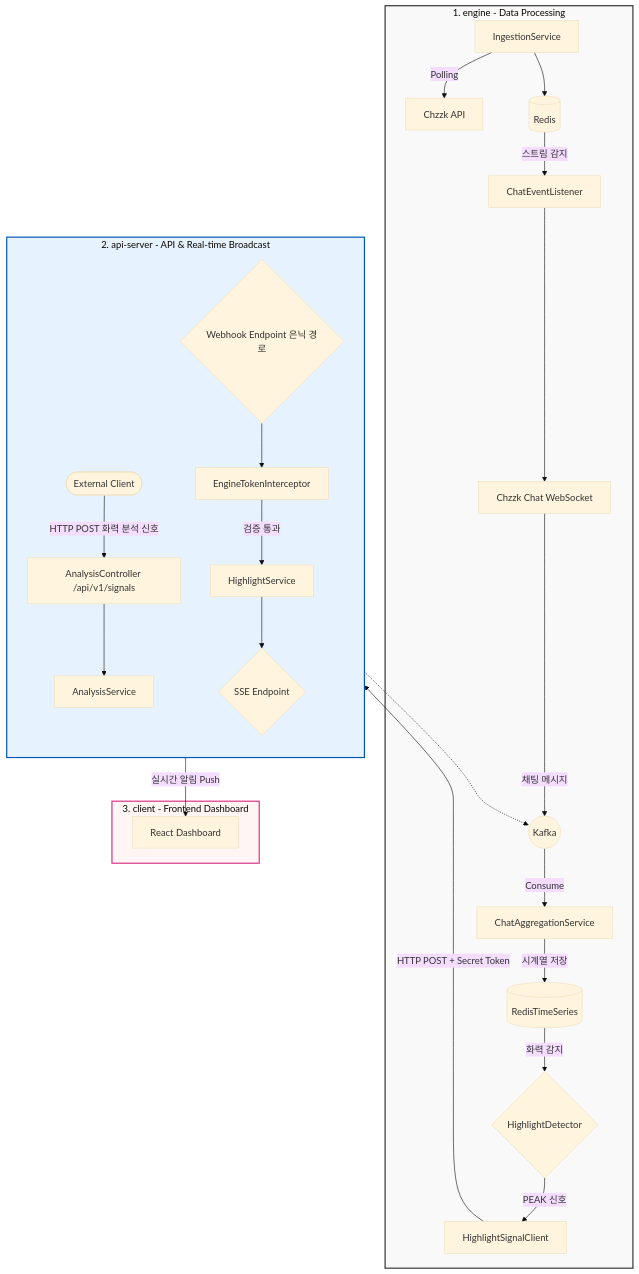
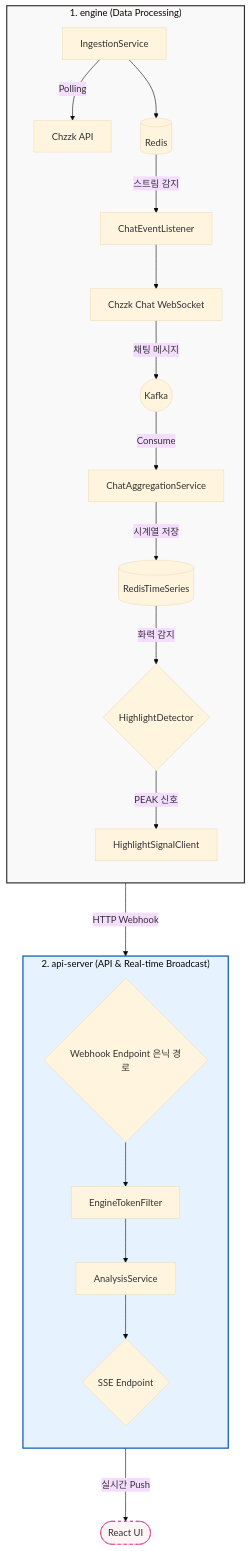
The diagram in README.md (Firedrago95/stream-engine), drawn with Mermaid (base theme) before and after one commit.

Commit message:
docs: mermaid 수정

````diff
--- a/README.md
+++ b/README.md
@@ -42,54 +42,41 @@
 ```mermaid
 graph TD
-    %% Subgraph: Engine Module
-    subgraph Engine_Scope [1. engine - Data Processing]
+    %% Subgraph: Engine Module (핵심 로직)
+    subgraph Engine_Scope ["1. engine (Data Processing)"]
+        direction TB
         Ingestion[IngestionService] -->|Polling| ChzzkAPI[Chzzk API]
         Ingestion --> Redis_DB[(Redis)]
         Redis_DB -- "스트림 감지" --> ChatListener[ChatEventListener]
         
         ChatListener --> WebSocket[Chzzk Chat WebSocket]
         WebSocket -- "채팅 메시지" --> Kafka_Topic((Kafka))
         
         Kafka_Topic -- "Consume" --> AggService[ChatAggregationService]
         AggService -- "시계열 저장" --> RedisTS[(RedisTimeSeries)]
         
         RedisTS -- "화력 감지" --> Detector{HighlightDetector}
         Detector -- "PEAK 신호" --> SignalClient[HighlightSignalClient]
     end
 
-    %% Subgraph: API Server Module
-    subgraph API_Scope [2. api-server - API & Real-time Broadcast]
+    %% Subgraph: API Server Module (은닉 경로 및 보안)
+    subgraph API_Scope ["2. api-server (API & Real-time Broadcast)"]
         direction TB
-        
         InternalAPI{Webhook Endpoint 은닉 경로}
-        TokenCheck[EngineTokenInterceptor]
-        SignalService[HighlightService]
+        TokenCheck[EngineTokenFilter]
+        SignalService[AnalysisService]
         SSE_Endpoint{SSE Endpoint}
         
-        Ext_Client([External Client])
-        AnalysisController[AnalysisController /api/v1/signals]
-        AnalysisService[AnalysisService]
-        
-        Ext_Client -- "HTTP POST 화력 분석 신호" --> AnalysisController
-        AnalysisController --> AnalysisService
-        
-        SignalClient -- "HTTP POST + Secret Token" --> InternalAPI
         InternalAPI --> TokenCheck
-        TokenCheck -- "검증 통과" --> SignalService
+        TokenCheck --> SignalService
         SignalService --> SSE_Endpoint
     end
 
-    %% Subgraph: Client Module
-    subgraph Client_Scope [3. client - Frontend Dashboard]
-        ReactUI[React Dashboard]
-    end
-
     %% Connections
-    AnalysisService -.-> Kafka_Topic
-    SSE_Endpoint -- "실시간 알림 Push" --> ReactUI
+    SignalClient -- "HTTP Webhook" ---> InternalAPI
+    SSE_Endpoint -- "실시간 Push" ---> ReactUI([React UI])
 
     %% Styling
     style Engine_Scope fill:#f9f9f9,stroke:#333,stroke-width:2px
     style API_Scope fill:#e6f3ff,stroke:#0056b3,stroke-width:2px
-    style Client_Scope fill:#fff5f5,stroke:#d63384,stroke-width:2px
+    style ReactUI fill:#fff5f5,stroke:#d63384,stroke-dasharray: 5 5
 ```
````
